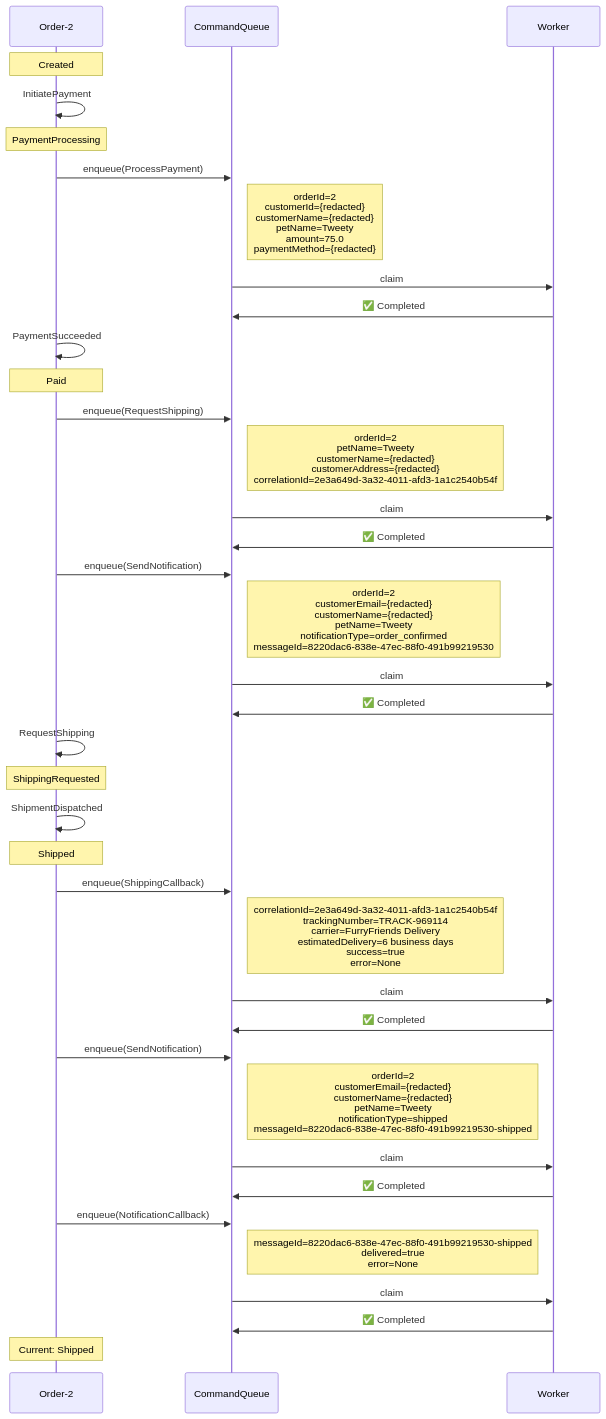
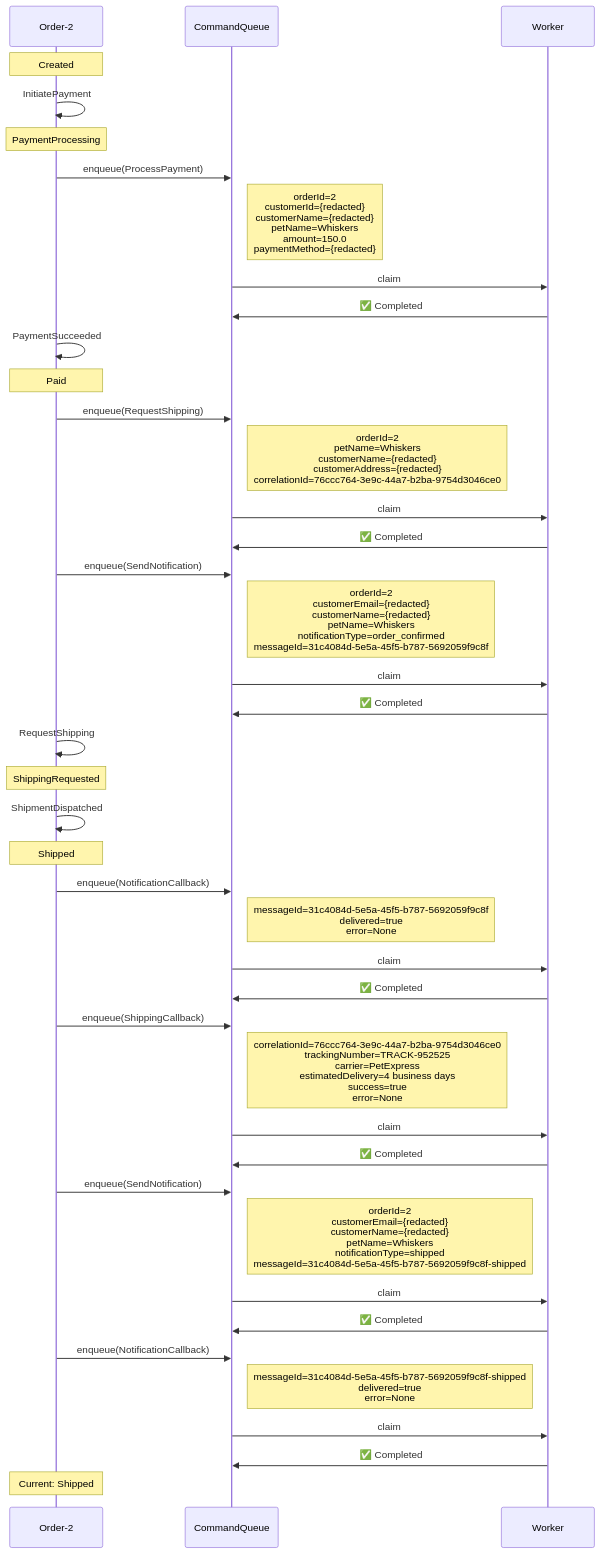
Before and after one commit to Iterable/mechanoid: the first of 3 diagrams in docs/visualizations/order-2-trace.md, drawn with Mermaid. The commit also changed other lines of this file and 16 other files, not shown here.

````diff
--- a/docs/visualizations/order-2-trace.md
+++ b/docs/visualizations/order-2-trace.md
@@ -11,42 +11,46 @@
 ```mermaid
 %%{init: {'themeCSS': '.noteText { text-align: left !important; }'}}%%
 sequenceDiagram
     participant FSM as Order-2
     participant CQ as CommandQueue
     participant W as Worker
 
     Note over FSM: Created
     FSM->>FSM: InitiatePayment
     Note over FSM: PaymentProcessing
     FSM->>CQ: enqueue(ProcessPayment)
-    Note right of CQ: orderId=2<br/>customerId={redacted}<br/>customerName={redacted}<br/>petName=Tweety<br/>amount=75.0<br/>paymentMethod={redacted}
+    Note right of CQ: orderId=2<br/>customerId={redacted}<br/>customerName={redacted}<br/>petName=Whiskers<br/>amount=150.0<br/>paymentMethod={redacted}
     CQ->>W: claim
     W->>CQ: ✅ Completed
     FSM->>FSM: PaymentSucceeded
     Note over FSM: Paid
     FSM->>CQ: enqueue(RequestShipping)
-    Note right of CQ: orderId=2<br/>petName=Tweety<br/>customerName={redacted}<br/>customerAddress={redacted}<br/>correlationId=2e3a649d-3a32-4011-afd3-1a1c2540b54f
+    Note right of CQ: orderId=2<br/>petName=Whiskers<br/>customerName={redacted}<br/>customerAddress={redacted}<br/>correlationId=76ccc764-3e9c-44a7-b2ba-9754d3046ce0
     CQ->>W: claim
     W->>CQ: ✅ Completed
     FSM->>CQ: enqueue(SendNotification)
-    Note right of CQ: orderId=2<br/>customerEmail={redacted}<br/>customerName={redacted}<br/>petName=Tweety<br/>notificationType=order_confirmed<br/>messageId=8220dac6-838e-47ec-88f0-491b99219530
+    Note right of CQ: orderId=2<br/>customerEmail={redacted}<br/>customerName={redacted}<br/>petName=Whiskers<br/>notificationType=order_confirmed<br/>messageId=31c4084d-5e5a-45f5-b787-5692059f9c8f
     CQ->>W: claim
     W->>CQ: ✅ Completed
     FSM->>FSM: RequestShipping
     Note over FSM: ShippingRequested
     FSM->>FSM: ShipmentDispatched
     Note over FSM: Shipped
+    FSM->>CQ: enqueue(NotificationCallback)
+    Note right of CQ: messageId=31c4084d-5e5a-45f5-b787-5692059f9c8f<br/>delivered=true<br/>error=None
+    CQ->>W: claim
+    W->>CQ: ✅ Completed
     FSM->>CQ: enqueue(ShippingCallback)
-    Note right of CQ: correlationId=2e3a649d-3a32-4011-afd3-1a1c2540b54f<br/>trackingNumber=TRACK-969114<br/>carrier=FurryFriends Delivery<br/>estimatedDelivery=6 business days<br/>success=true<br/>error=None
+    Note right of CQ: correlationId=76ccc764-3e9c-44a7-b2ba-9754d3046ce0<br/>trackingNumber=TRACK-952525<br/>carrier=PetExpress<br/>estimatedDelivery=4 business days<br/>success=true<br/>error=None
     CQ->>W: claim
     W->>CQ: ✅ Completed
     FSM->>CQ: enqueue(SendNotification)
-    Note right of CQ: orderId=2<br/>customerEmail={redacted}<br/>customerName={redacted}<br/>petName=Tweety<br/>notificationType=shipped<br/>messageId=8220dac6-838e-47ec-88f0-491b99219530-shipped
+    Note right of CQ: orderId=2<br/>customerEmail={redacted}<br/>customerName={redacted}<br/>petName=Whiskers<br/>notificationType=shipped<br/>messageId=31c4084d-5e5a-45f5-b787-5692059f9c8f-shipped
     CQ->>W: claim
     W->>CQ: ✅ Completed
     FSM->>CQ: enqueue(NotificationCallback)
-    Note right of CQ: messageId=8220dac6-838e-47ec-88f0-491b99219530-shipped<br/>delivered=true<br/>error=None
+    Note right of CQ: messageId=31c4084d-5e5a-45f5-b787-5692059f9c8f-shipped<br/>delivered=true<br/>error=None
     CQ->>W: claim
     W->>CQ: ✅ Completed
     Note over FSM: Current: Shipped
 ```
````
